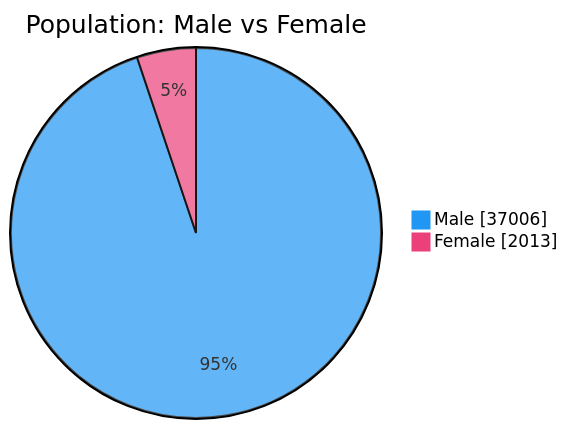
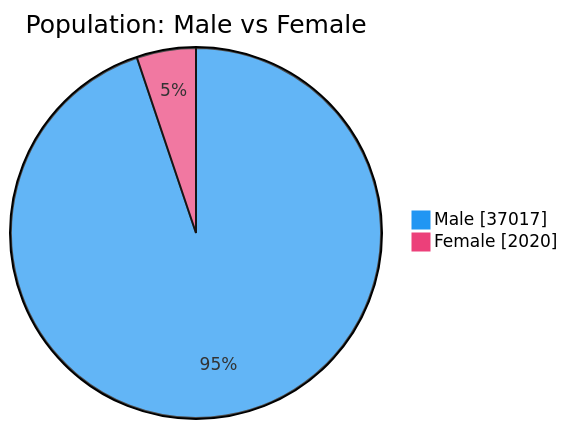
One commit to nuuuwan/lk_prisons changed the second of 7 diagrams in README.md. Above: the diagram before and after it, drawn with Mermaid. The commit also changed other lines of this file and 1 other file, not shown here.

````diff
--- a/README.md
+++ b/README.md
@@ -54,6 +54,6 @@
 ```mermaid
 %%{init: {'themeVariables': {'pie1': '#2196F3', 'pie2': '#EC407A'}}}%%
 pie showData title Population: Male vs Female
-    "Male" : 37006
-    "Female" : 2013
+    "Male" : 37017
+    "Female" : 2020
 ```
````
